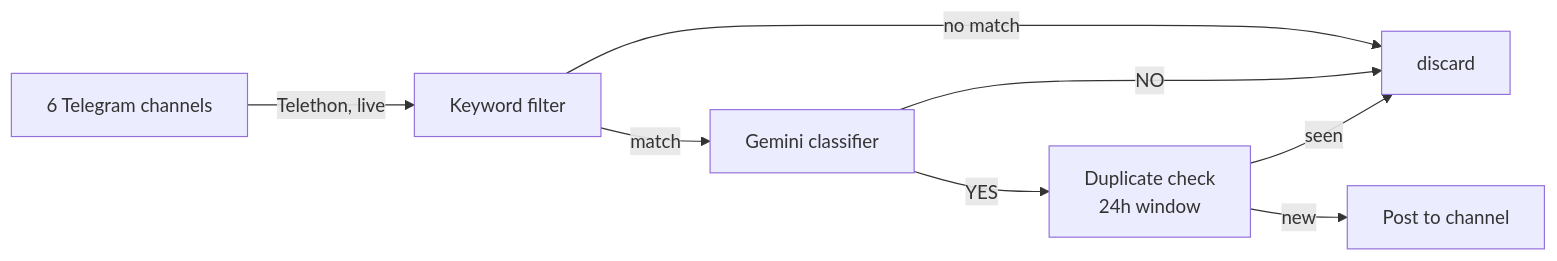
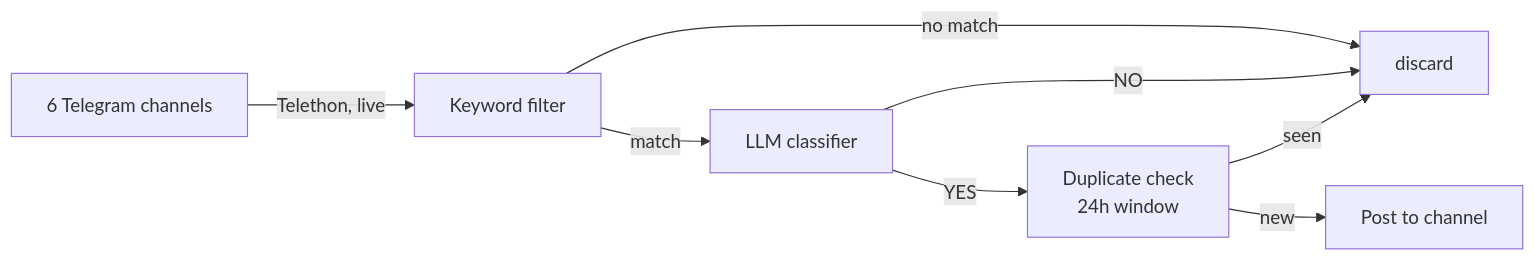
The diagram in README.md (msesin/news-tracker), drawn with Mermaid before and after one commit. The commit also changed other lines of this file, not shown here.

First line of the commit message:
Document that the LLM and dead man's switch are swappable

````diff
--- a/README.md
+++ b/README.md
@@ -12,10 +12,10 @@
 ```mermaid
 flowchart LR
     A[6 Telegram channels] -->|Telethon, live| B[Keyword filter]
     B -->|no match| X[discard]
-    B -->|match| C[Gemini classifier]
+    B -->|match| C[LLM classifier]
     C -->|NO| X
     C -->|YES| D[Duplicate check<br/>24h window]
     D -->|seen| X
     D -->|new| E[Post to channel]
 ```
````
